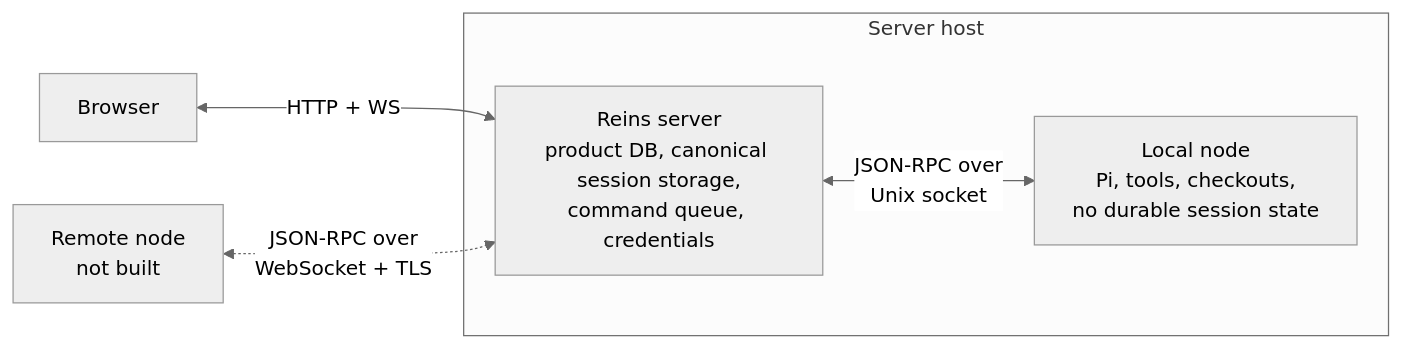
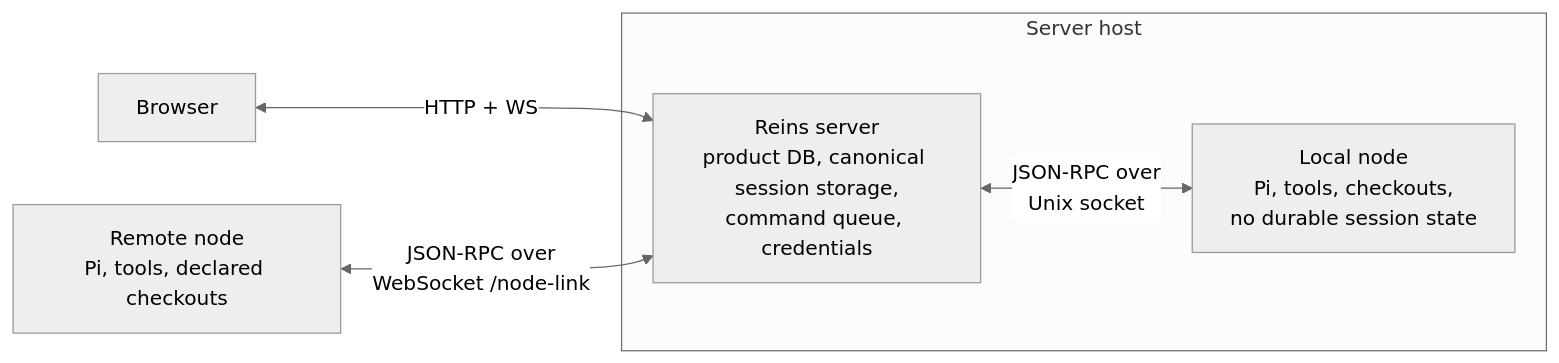
The diagram in docs/plans/node-architecture.md (willtcarey/reins), drawn with Mermaid (neutral theme) before and after one commit. The commit also changed other lines of this file, not shown here.

Commit message:
Plan: remote transport and node-owned sources done

````diff
--- a/docs/plans/node-architecture.md
+++ b/docs/plans/node-architecture.md
@@ -9,10 +9,10 @@
 ```mermaid
 graph LR
     Browser[Browser] <-->|HTTP + WS| Server
     subgraph Server host
         Server[Reins server\nproduct DB, canonical session storage,\ncommand queue, credentials]
         Local[Local node\nPi, tools, checkouts,\nno durable session state]
         Server <-->|JSON-RPC over\nUnix socket| Local
     end
-    Remote[Remote node\nnot built] <-.->|JSON-RPC over\nWebSocket + TLS| Server
+    Remote[Remote node\nPi, tools, declared checkouts] <-->|JSON-RPC over\nWebSocket /node-link| Server
 ```
````
